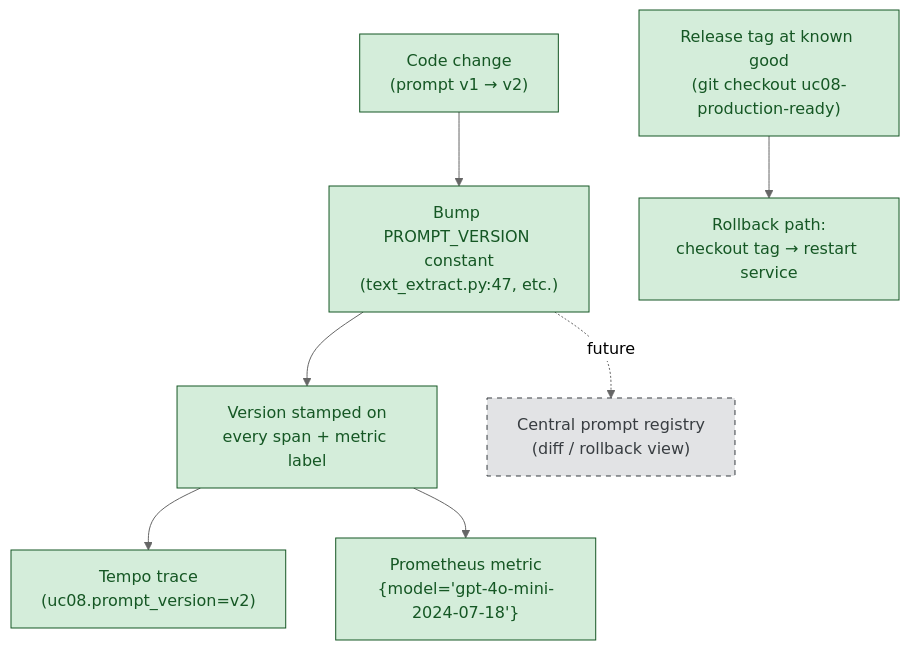
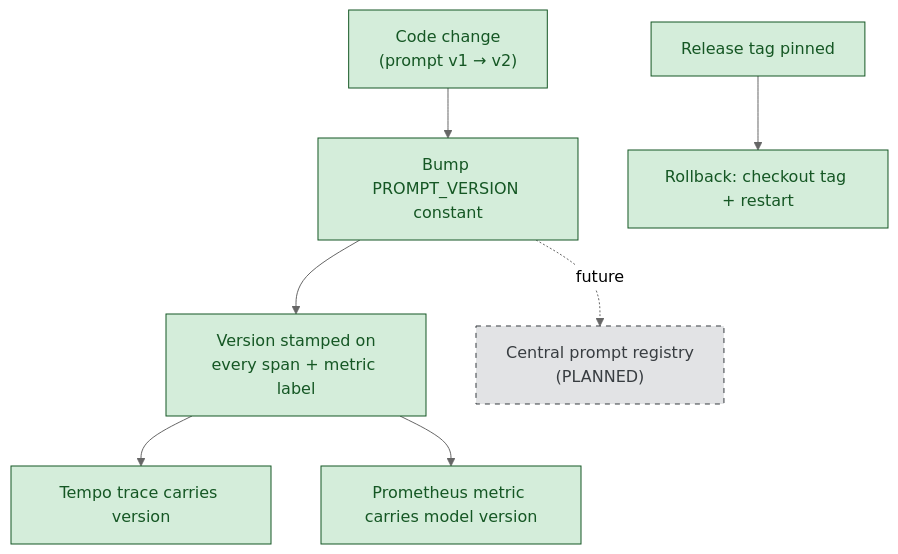
The sixth of 7 diagrams in docs/MANAGEMENT-BRIEFING.md (Kevinparashar/One-ops-NextGen), drawn with Mermaid (neutral theme) before and after one commit. The commit also changed other lines of this file and 1 other file, not shown here.

````diff
--- a/docs/MANAGEMENT-BRIEFING.md
+++ b/docs/MANAGEMENT-BRIEFING.md
@@ -365,19 +278,19 @@
 ```mermaid
 flowchart TD
     classDef shipped fill:#d4edda,stroke:#155724,color:#155724
     classDef planned fill:#e2e3e5,stroke:#383d41,color:#383d41,stroke-dasharray:5 5
 
     CODE["Code change<br/>(prompt v1 → v2)"]:::shipped
-    BUMP["Bump PROMPT_VERSION constant<br/>(text_extract.py:47, etc.)"]:::shipped
+    BUMP["Bump PROMPT_VERSION constant"]:::shipped
     STAMP["Version stamped on<br/>every span + metric label"]:::shipped
-    TRACE["Tempo trace<br/>(uc08.prompt_version=v2)"]:::shipped
-    METRIC["Prometheus metric<br/>{model='gpt-4o-mini-2024-07-18'}"]:::shipped
-    REG["Central prompt registry<br/>(diff / rollback view)"]:::planned
-    TAG["Release tag at known good<br/>(git checkout uc08-production-ready)"]:::shipped
-    ROLLBACK["Rollback path:<br/>checkout tag → restart service"]:::shipped
+    TRACE["Tempo trace carries version"]:::shipped
+    METRIC["Prometheus metric carries model version"]:::shipped
+    REG["Central prompt registry<br/>(PLANNED)"]:::planned
+    TAG["Release tag pinned"]:::shipped
+    ROLLBACK["Rollback: checkout tag + restart"]:::shipped
     CODE --> BUMP --> STAMP
     STAMP --> TRACE
     STAMP --> METRIC
     BUMP -.->|future| REG
     TAG --> ROLLBACK
 ```
````
